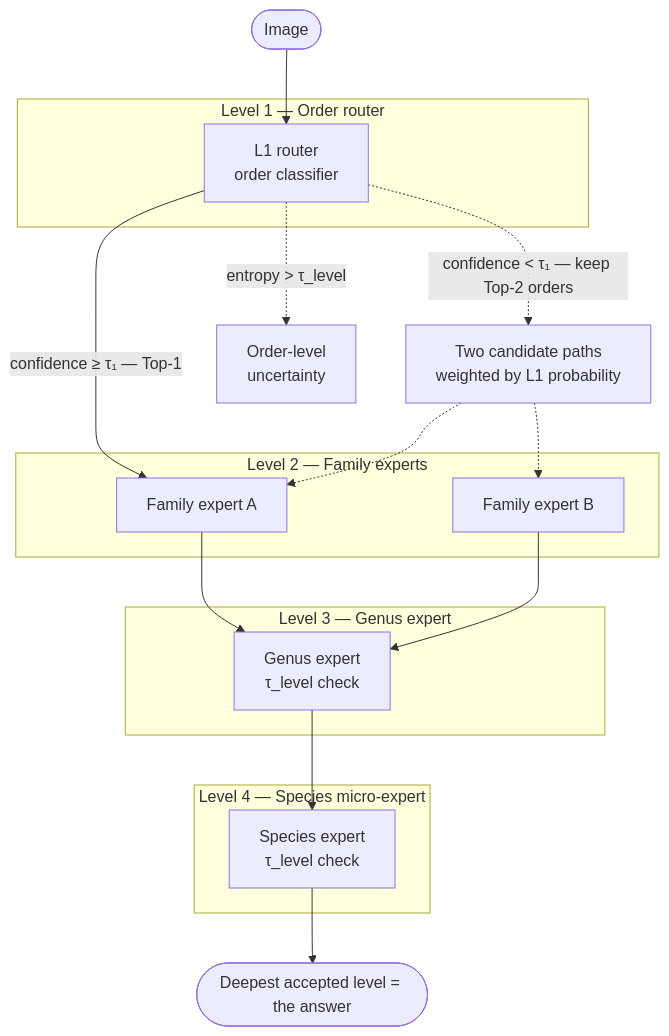
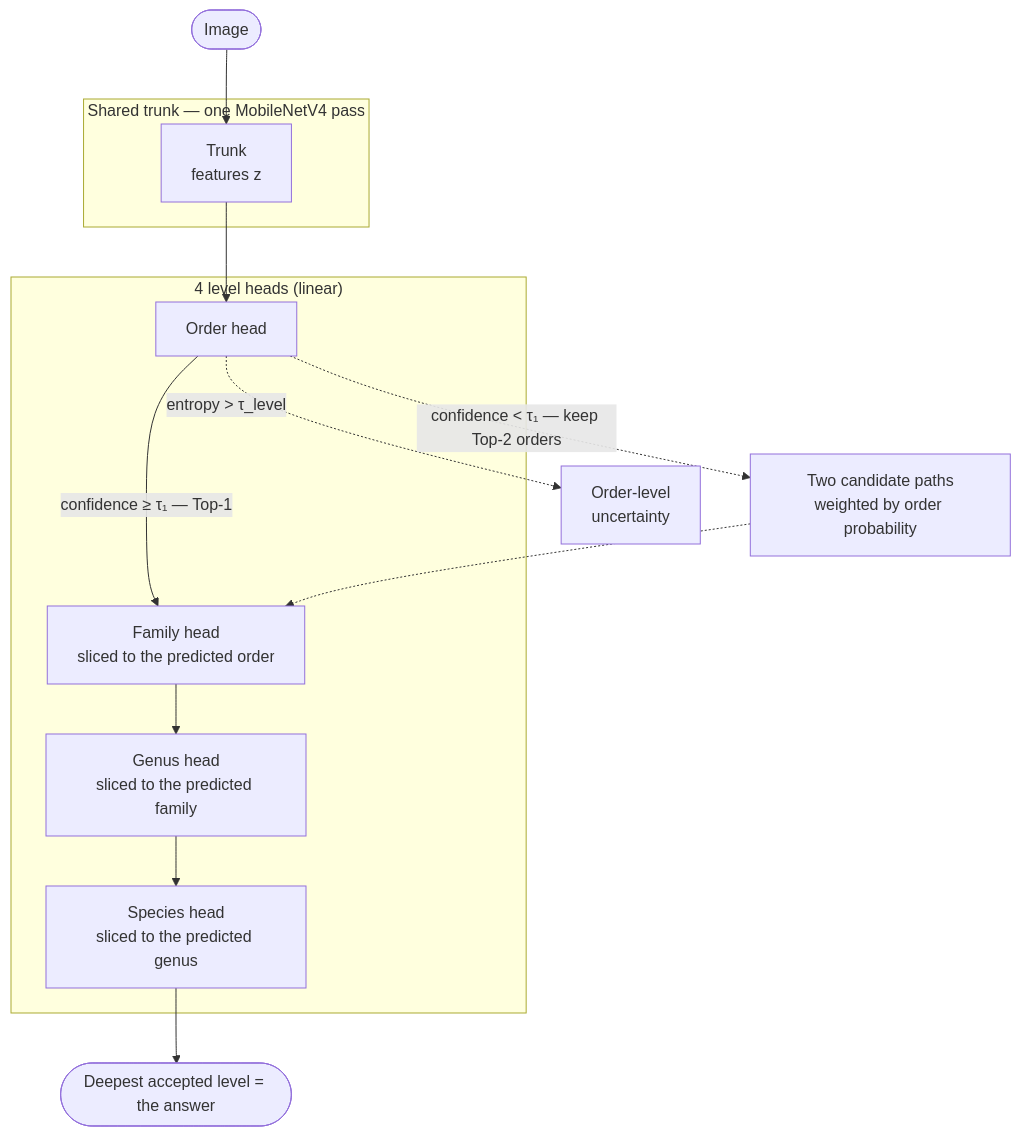
One commit to YoannDev90/OpenInsectID changed the diagram in README.md. Above: the diagram before and after it, drawn with Mermaid. The commit also changed other lines of this file and 17 other files, not shown here.

First line of the commit message:
feat(models): shared-trunk cascade with per-parent linear heads

````diff
--- a/README.md
+++ b/README.md
@@ -16,36 +18,29 @@
 ```mermaid
 flowchart TD
     IMG([Image])
 
-    subgraph L1["Level 1 — Order router"]
-        R[L1 router<br/>order classifier]
+    subgraph TRUNK["Shared trunk — one MobileNetV4 pass"]
+        T[Trunk<br/>features z]
     end
 
-    subgraph L2["Level 2 — Family experts"]
-        FA[Family expert A]
-        FB[Family expert B]
+    subgraph HEADS["4 level heads (linear)"]
+        R[Order head]
+        FA[Family head<br/>sliced to the predicted order]
+        G[Genus head<br/>sliced to the predicted family]
+        S[Species head<br/>sliced to the predicted genus]
     end
 
-    subgraph L3["Level 3 — Genus expert"]
-        G[Genus expert<br/>τ_level check]
-    end
-
-    subgraph L4["Level 4 — Species micro-expert"]
-        S[Species expert<br/>τ_level check]
-    end
-
-    AMB[Two candidate paths<br/>weighted by L1 probability]
+    AMB[Two candidate paths<br/>weighted by order probability]
     UNC[Order-level<br/>uncertainty]
     ANSWER([Deepest accepted level = the answer])
 
-    IMG --> R
+    IMG --> T
+    T --> R
     R -->|confidence &ge; τ₁ — Top-1| FA
     R -.->|confidence &lt; τ₁ — keep Top-2 orders| AMB
     R -.->|entropy &gt; τ_level| UNC
     AMB -.-> FA
-    AMB -.-> FB
     FA --> G
-    FB --> G
     G --> S
     S --> ANSWER
 ```
````
